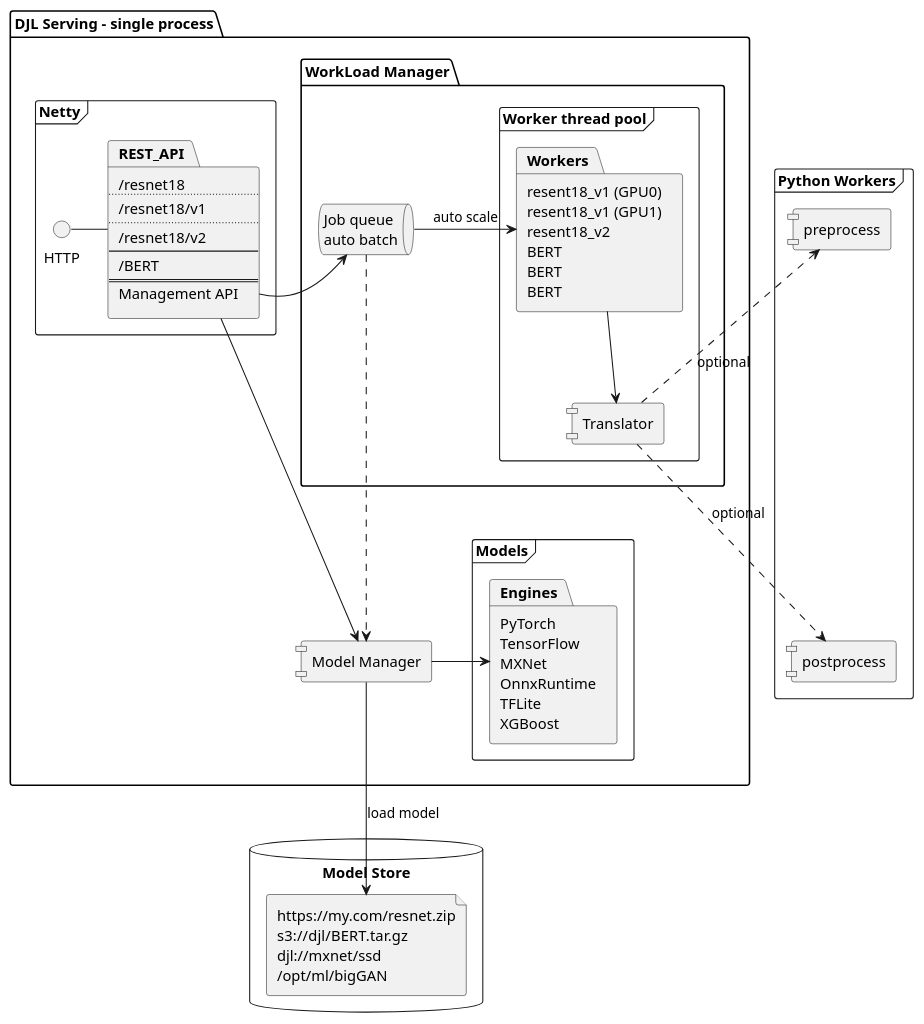
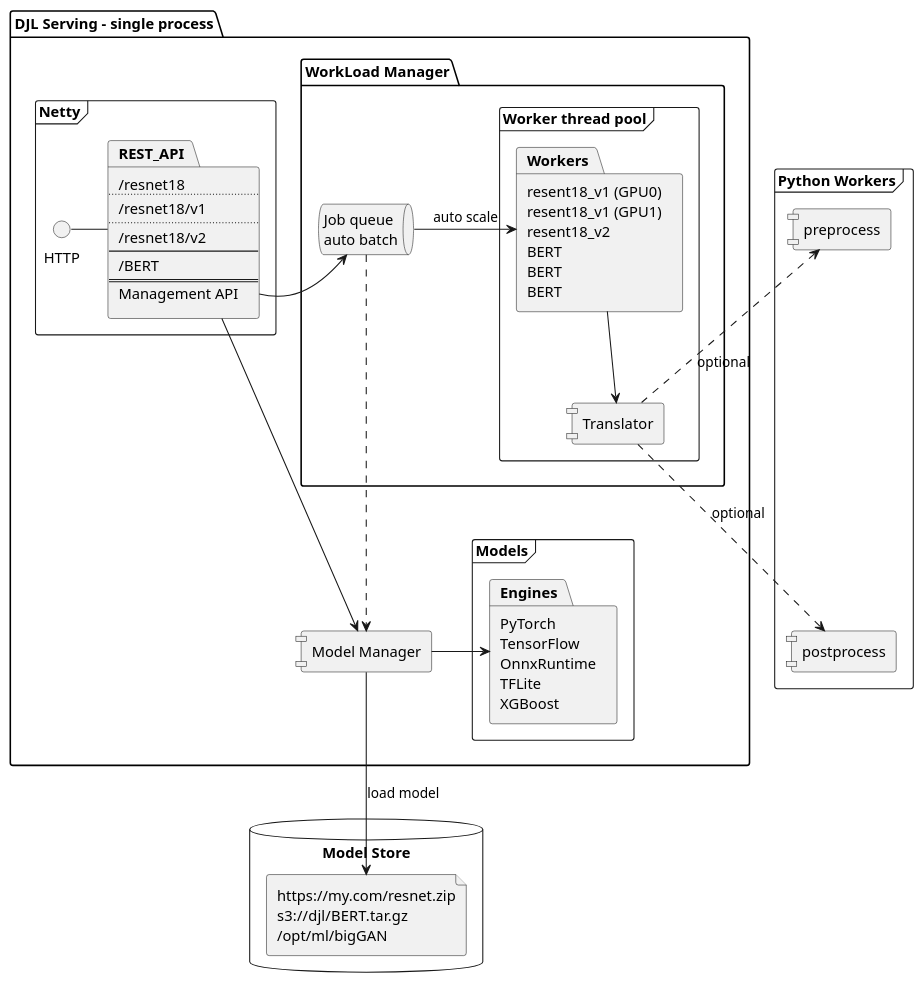
Before and after one commit to deepjavalibrary/djl-serving: the diagram in serving/src/main/puml/architecture.puml, drawn with PlantUML. The commit also changed 22 other files, not shown here.

```diff
--- a/serving/src/main/puml/architecture.puml
+++ b/serving/src/main/puml/architecture.puml
@@ -1,73 +1,71 @@
 @startuml
 skinparam componentStyle uml1
 
 database "Model Store" as ms {
     file URL [
         https://my.com/resnet.zip
         s3://djl/BERT.tar.gz
-        djl://mxnet/ssd
         /opt/ml/bigGAN
     ]
 }
 
 package "DJL Serving - single process" {
     frame Netty {
         package REST_API [
             /resnet18
             ..
             /resnet18/v1
             ..
             /resnet18/v2
             --
             /BERT
             ===
             Management API
         ]
         HTTP - REST_API
     }
 
     package "WorkLoad Manager" as wlm {
     frame "Worker thread pool" as wp {
         package Workers [
             resent18_v1 (GPU0)
             resent18_v1 (GPU1)
             resent18_v2
             BERT
             BERT
             BERT
         ]
         [Translator]
     }
 
     queue "Job queue\nauto batch" as jq
     }
 
     [Model Manager] as mm
     frame Models {
         package Engines [
             PyTorch
             TensorFlow
-            MXNet
             OnnxRuntime
             TFLite
             XGBoost
         ]
     }
 
     REST_API -> jq
     REST_API ---> mm
     jq -> Workers : auto scale
     jq ...> mm
     mm -right-> Engines
     Engines -[hidden]up- [Translator]
     Translator <-up- Workers
 }
 
 frame "Python Workers" {
     [preprocess] -[hidden]-- [postprocess]
 }
 
 mm -down-> URL : load model
 Translator -up.> preprocess : optional
 Translator -down.> postprocess : optional
 @enduml
```
